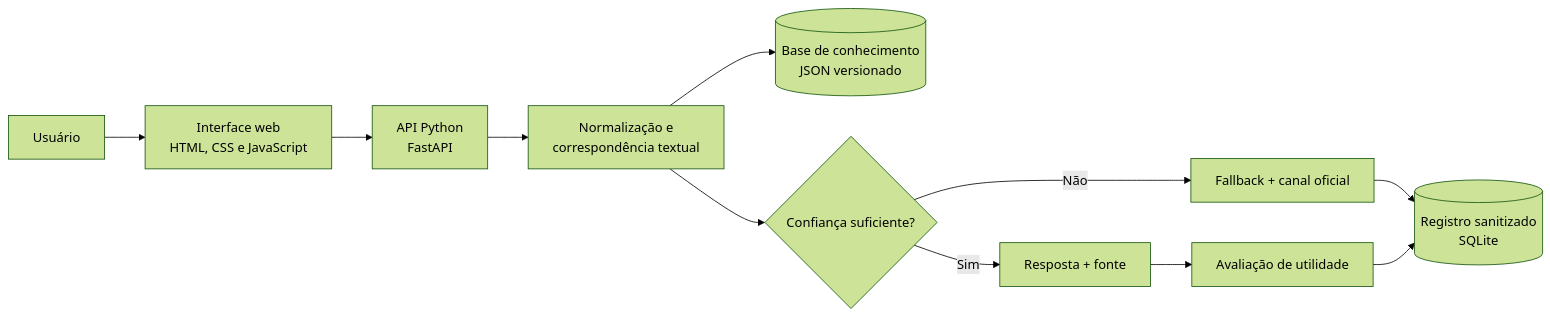
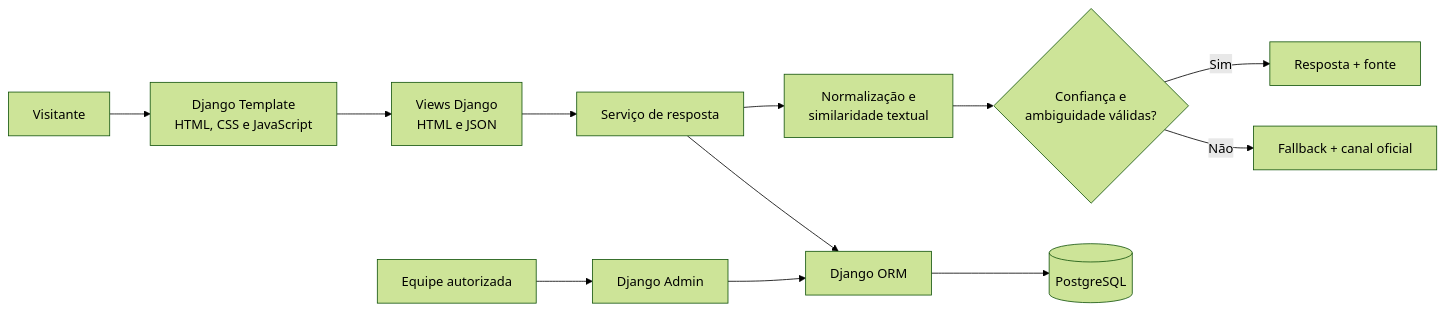
One commit to walkermooore/chatbot-aginov changed the first of 2 diagrams in README.md. Above: the diagram before and after it, drawn with Mermaid (forest theme). The commit also changed other lines of this file, not shown here.

````diff
--- a/README.md
+++ b/README.md
@@ -70,13 +126,14 @@
 ```mermaid
 flowchart LR
-    U[Usuário] --> W[Interface web<br/>HTML, CSS e JavaScript]
-    W --> A[API Python<br/>FastAPI]
-    A --> M[Normalização e<br/>correspondência textual]
-    M --> K[(Base de conhecimento<br/>JSON versionado)]
-    M --> C{Confiança suficiente?}
+    U[Visitante] --> T[Django Template<br/>HTML, CSS e JavaScript]
+    T --> V[Views Django<br/>HTML e JSON]
+    V --> S[Serviço de resposta]
+    S --> M[Normalização e<br/>similaridade textual]
+    S --> O[Django ORM]
+    O --> P[(PostgreSQL)]
+    M --> C{Confiança e<br/>ambiguidade válidas?}
     C -->|Sim| R[Resposta + fonte]
     C -->|Não| F[Fallback + canal oficial]
-    F --> S[(Registro sanitizado<br/>SQLite)]
-    R --> V[Avaliação de utilidade]
-    V --> S
+    E[Equipe autorizada] --> A[Django Admin]
+    A --> O
 ```
````
